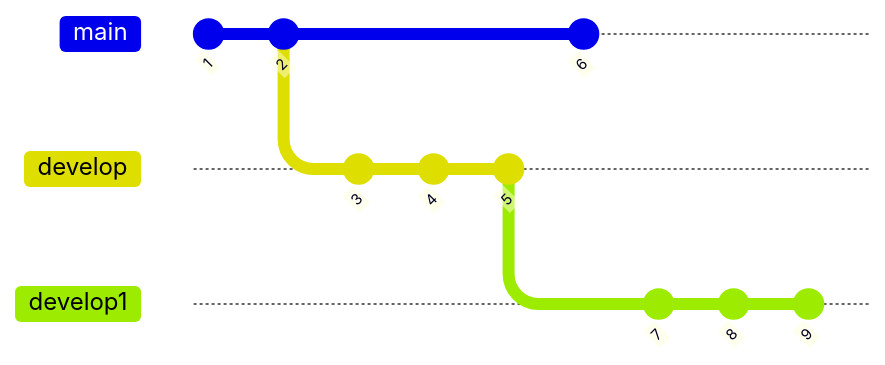
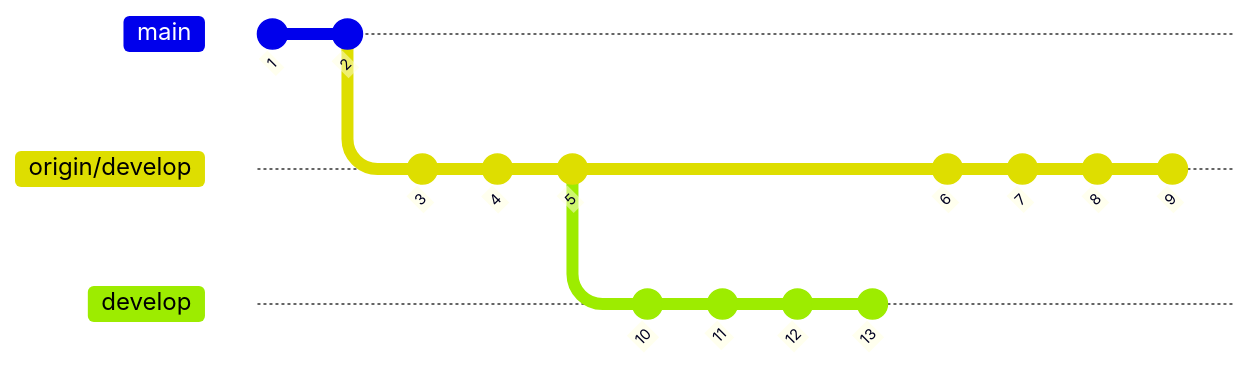
One commit to cqh963852/git-test changed the first of 4 diagrams in README.md. Above: the diagram before and after it, drawn with Mermaid. The commit also changed other lines of this file, not shown here.

````diff
--- a/README.md
+++ b/README.md
@@ -40,17 +66,19 @@
 ```mermaid
 gitGraph
        commit id: "1"
        commit id: "2"
-       branch develop
+       branch origin/develop
        commit id: "3"
        commit id: "4"
        commit id: "5"
-       checkout main
+       branch develop
+       commit id: "10"
+       commit id: "11"
+       commit id: "12"
+       commit id: "13"
+       checkout origin/develop
        commit id: "6"
-       checkout develop
-       branch develop1
        commit id: "7"
        commit id: "8"
        commit id: "9"
-
 ```
````
